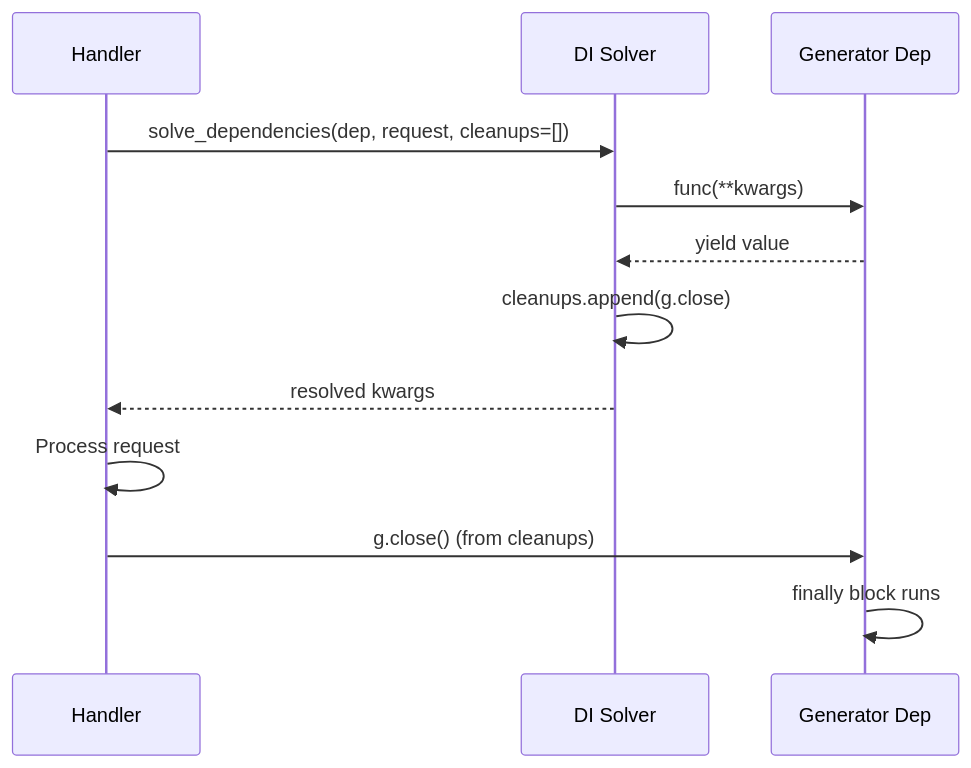
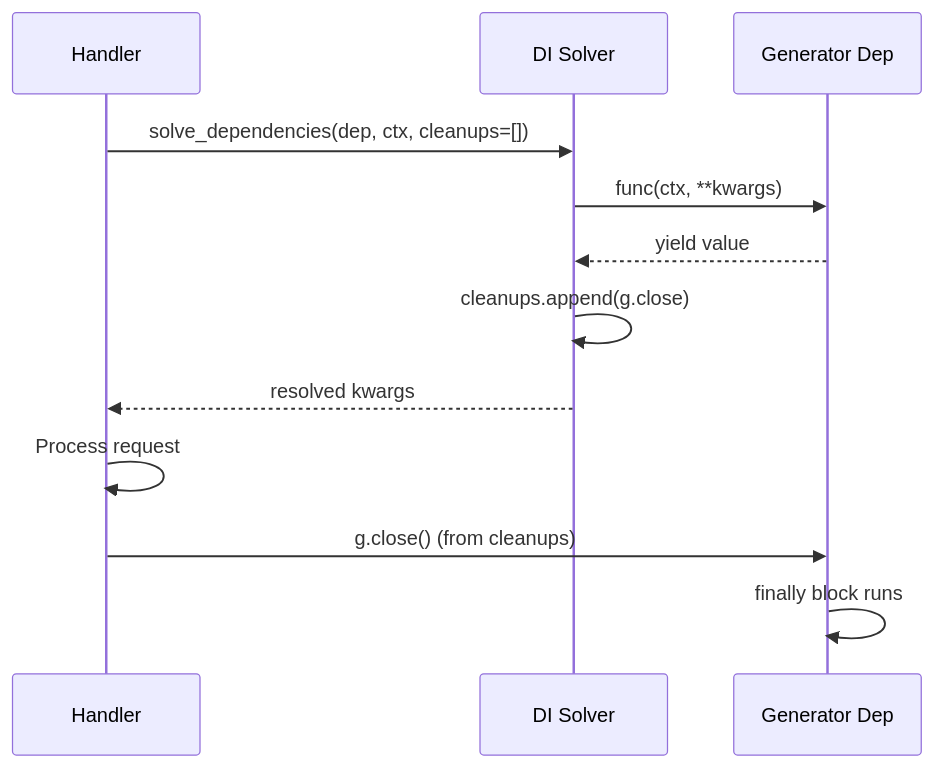
Before and after one commit to sillohq/core: the seventh of 8 diagrams in docs/docs/src/content/docs/v1.0/advanced/dependency-injection.md, drawn with Mermaid. The commit also changed other lines of this file and 18 other files, not shown here.

````diff
--- a/docs/docs/src/content/docs/v1.0/advanced/dependency-injection.md
+++ b/docs/docs/src/content/docs/v1.0/advanced/dependency-injection.md
@@ -639,15 +631,15 @@
 ```mermaid
 sequenceDiagram
     participant H as Handler
     participant DI as DI Solver
     participant G as Generator Dep
 
-    H->>DI: solve_dependencies(dep, request, cleanups=[])
-    DI->>G: func(**kwargs)
+    H->>DI: solve_dependencies(dep, ctx, cleanups=[])
+    DI->>G: func(ctx, **kwargs)
     G-->>DI: yield value
     DI->>DI: cleanups.append(g.close)
     DI-->>H: resolved kwargs
     H->>H: Process request
     H->>G: g.close() (from cleanups)
     G->>G: finally block runs
 ```
````
